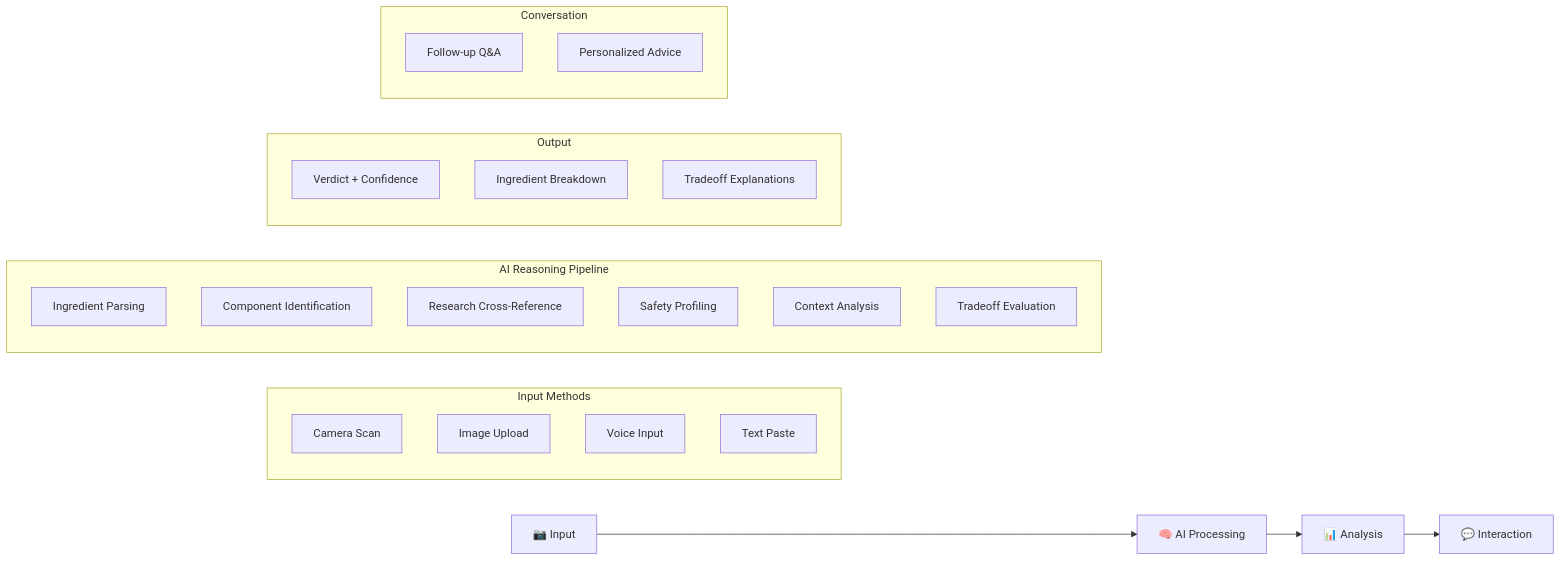
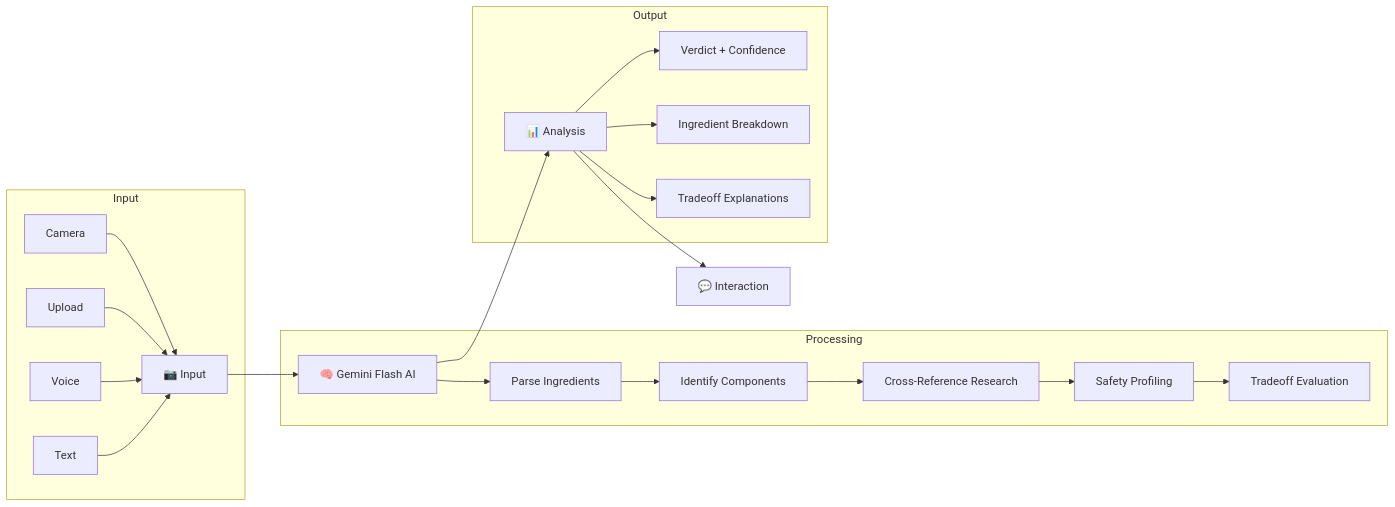
Before and after one commit to RahulSinghai606/nutri-ai-co-pilot: the diagram in README.md, drawn with Mermaid. The commit also changed other lines of this file, not shown here.

First line of the commit message:
Update README with Gemini Flash and feature enhancements

````diff
--- a/README.md
+++ b/README.md
@@ -113,33 +161,27 @@
 ```mermaid
 graph LR
-    A[📷 Input] --> B[🧠 AI Processing]
+    A[📷 Input] --> B[🧠 Gemini Flash AI]
     B --> C[📊 Analysis]
     C --> D[💬 Interaction]
     
-    subgraph "Input Methods"
-        A1[Camera Scan]
-        A2[Image Upload]
-        A3[Voice Input]
-        A4[Text Paste]
+    subgraph Input
+        A1[Camera] --> A
+        A2[Upload] --> A
+        A3[Voice] --> A
+        A4[Text] --> A
     end
     
-    subgraph "AI Reasoning Pipeline"
-        B1[Ingredient Parsing]
-        B2[Component Identification]
-        B3[Research Cross-Reference]
-        B4[Safety Profiling]
-        B5[Context Analysis]
-        B6[Tradeoff Evaluation]
+    subgraph Processing
+        B --> B1[Parse Ingredients]
+        B1 --> B2[Identify Components]
+        B2 --> B3[Cross-Reference Research]
+        B3 --> B4[Safety Profiling]
+        B4 --> B5[Tradeoff Evaluation]
     end
     
-    subgraph "Output"
-        C1[Verdict + Confidence]
-        C2[Ingredient Breakdown]
-        C3[Tradeoff Explanations]
-    end
-    
-    subgraph "Conversation"
-        D1[Follow-up Q&A]
-        D2[Personalized Advice]
+    subgraph Output
+        C --> C1[Verdict + Confidence]
+        C --> C2[Ingredient Breakdown]
+        C --> C3[Tradeoff Explanations]
     end
 ```
````
